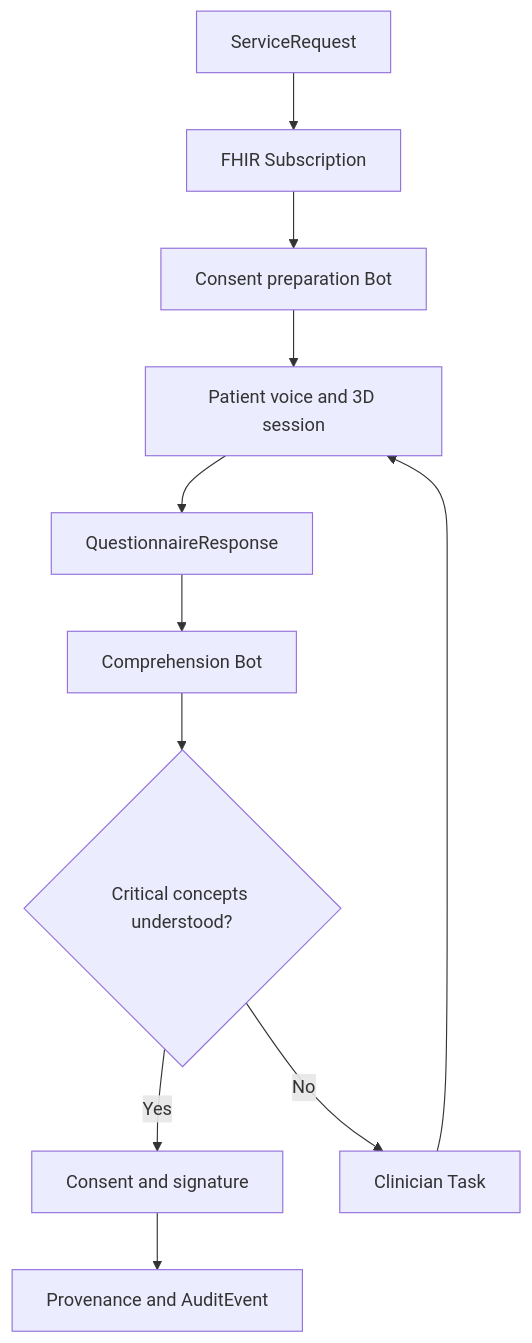
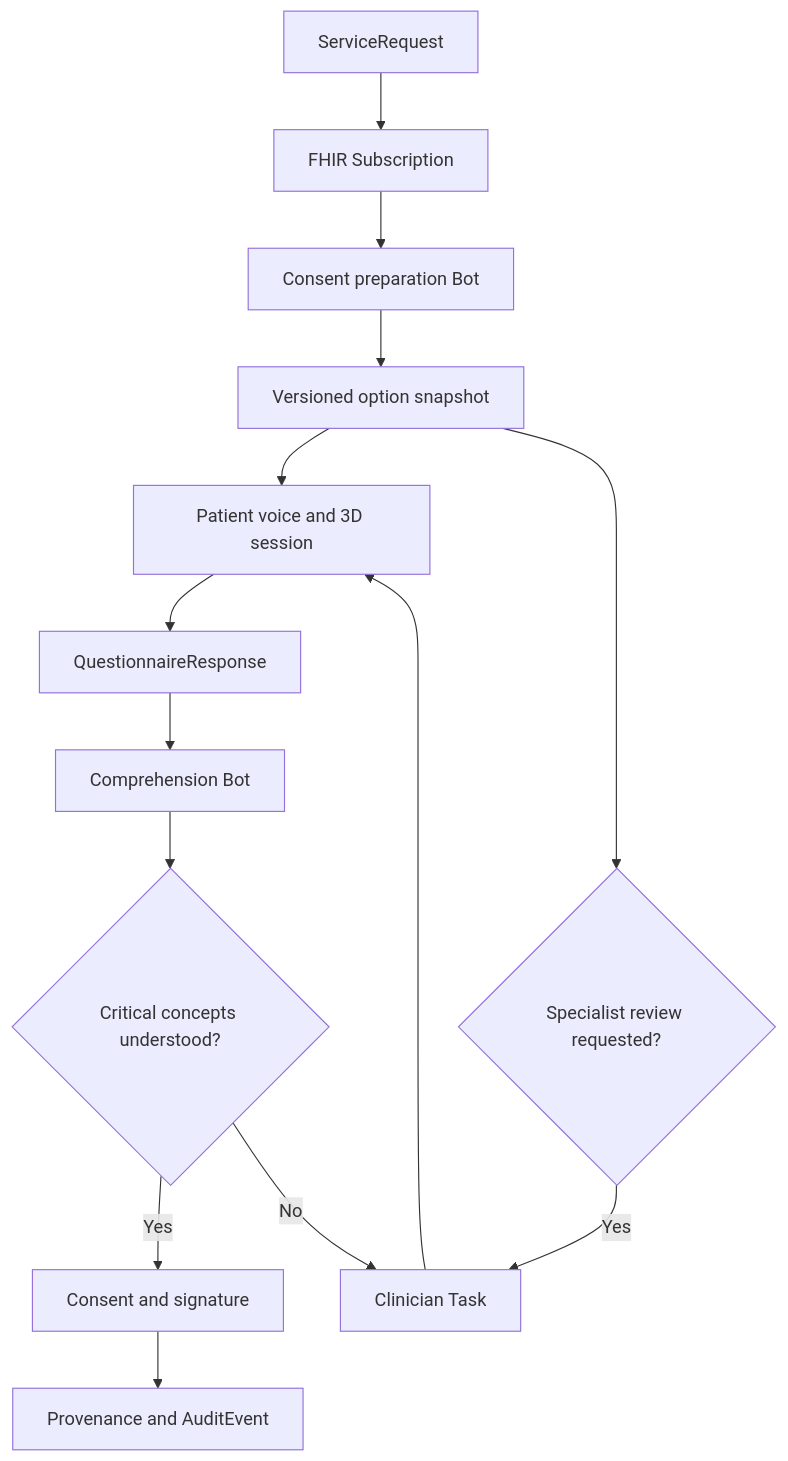
One commit to samshanmukh/consentloop-3d changed the diagram in README.md. Above: the diagram before and after it, drawn with Mermaid. The commit also changed other lines of this file and 27 other files, not shown here.

````diff
--- a/README.md
+++ b/README.md
@@ -127,13 +138,16 @@
 ```mermaid
 flowchart TD
     A[ServiceRequest] --> B[FHIR Subscription]
     B --> C[Consent preparation Bot]
-    C --> D[Patient voice and 3D session]
+    C --> K[Versioned option snapshot]
+    K --> D[Patient voice and 3D session]
+    K --> L{Specialist review requested?}
+    L -->|Yes| I[Clinician Task]
     D --> E[QuestionnaireResponse]
     E --> F[Comprehension Bot]
     F --> G{Critical concepts understood?}
     G -->|Yes| H[Consent and signature]
     G -->|No| I[Clinician Task]
     I --> D
     H --> J[Provenance and AuditEvent]
 ```
````
